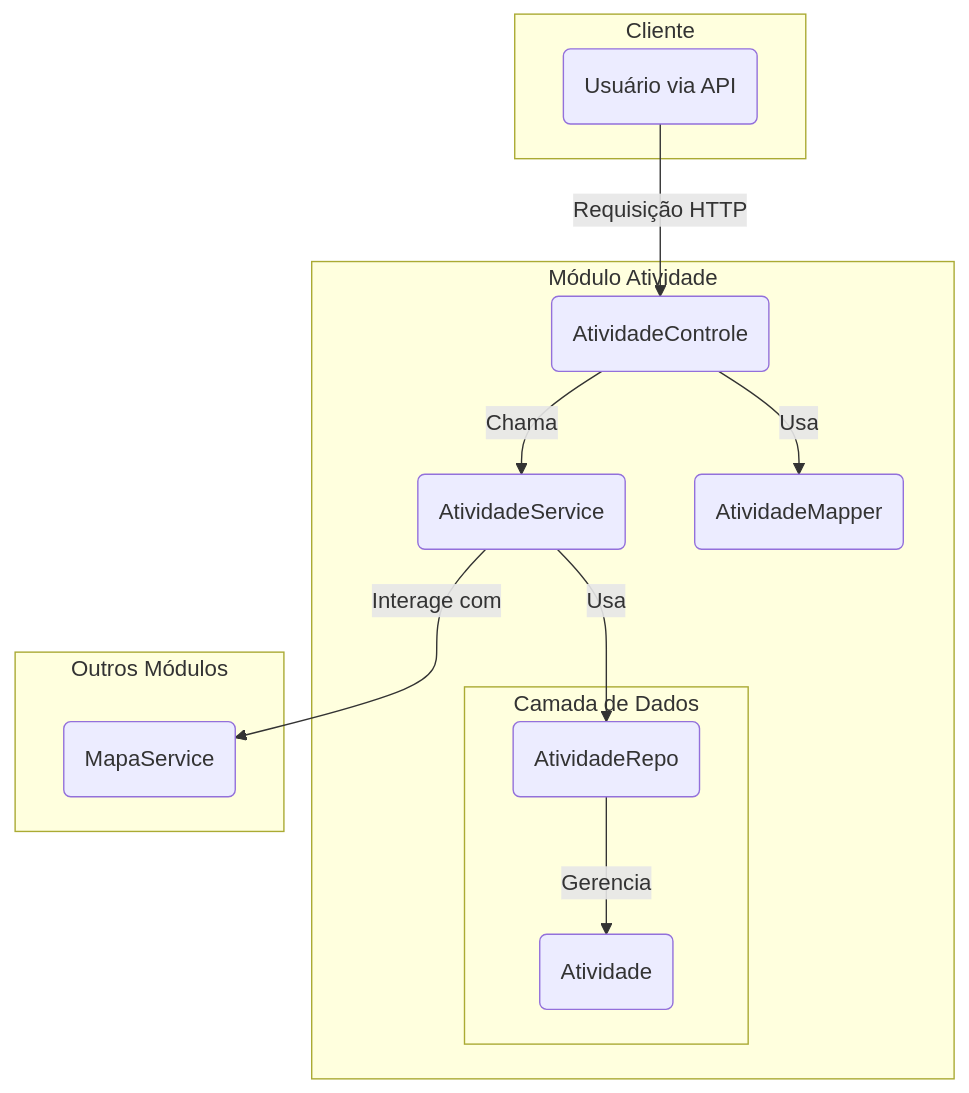
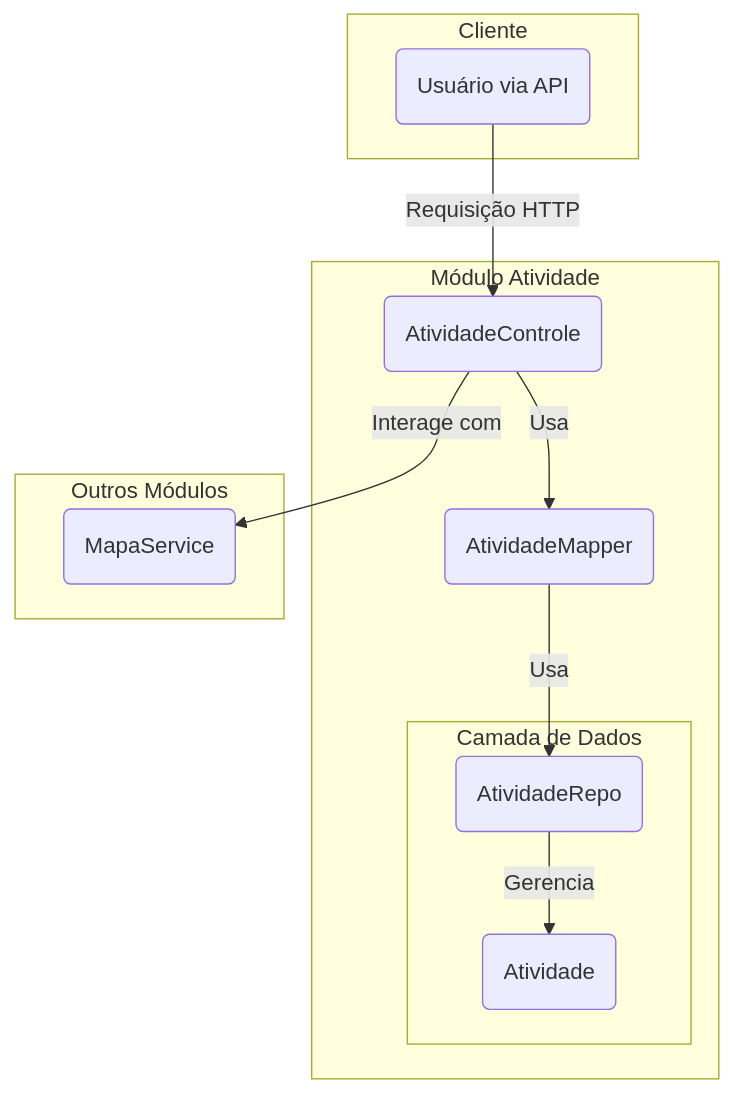
Before and after one commit to lgalvao/sgc: the diagram in backend/src/main/java/sgc/atividade/README.md, drawn with Mermaid. The commit also changed other lines of this file and 15 other files, not shown here.

First line of the commit message:
docs: Update all backend READMEs and add Mermaid diagrams

````diff
--- a/backend/src/main/java/sgc/atividade/README.md
+++ b/backend/src/main/java/sgc/atividade/README.md
@@ -18,29 +17,26 @@
 ```mermaid
 graph TD
     subgraph "Cliente"
         UsuarioAPI(Usuário via API)
     end
 
     subgraph "Módulo Atividade"
         AtividadeControle(AtividadeControle)
-        AtividadeService(AtividadeService)
         AtividadeMapper(AtividadeMapper)
 
         subgraph "Camada de Dados"
             AtividadeRepo(AtividadeRepo)
             Atividade(Atividade)
         end
     end
 
     subgraph "Outros Módulos"
         MapaService(MapaService)
     end
 
     UsuarioAPI -- Requisição HTTP --> AtividadeControle
-    AtividadeControle -- Chama --> AtividadeService
     AtividadeControle -- Usa --> AtividadeMapper
-
-    AtividadeService -- Usa --> AtividadeRepo
-    AtividadeService -- Interage com --> MapaService
+    AtividadeControle -- Interage com --> MapaService
+    AtividadeMapper -- Usa --> AtividadeRepo
     AtividadeRepo -- Gerencia --> Atividade
 ```
````
